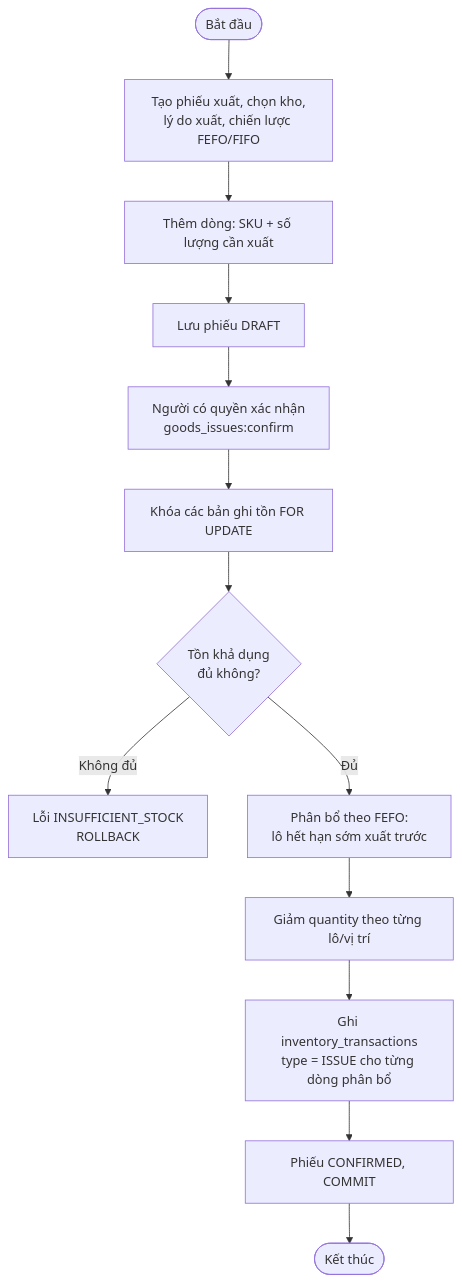
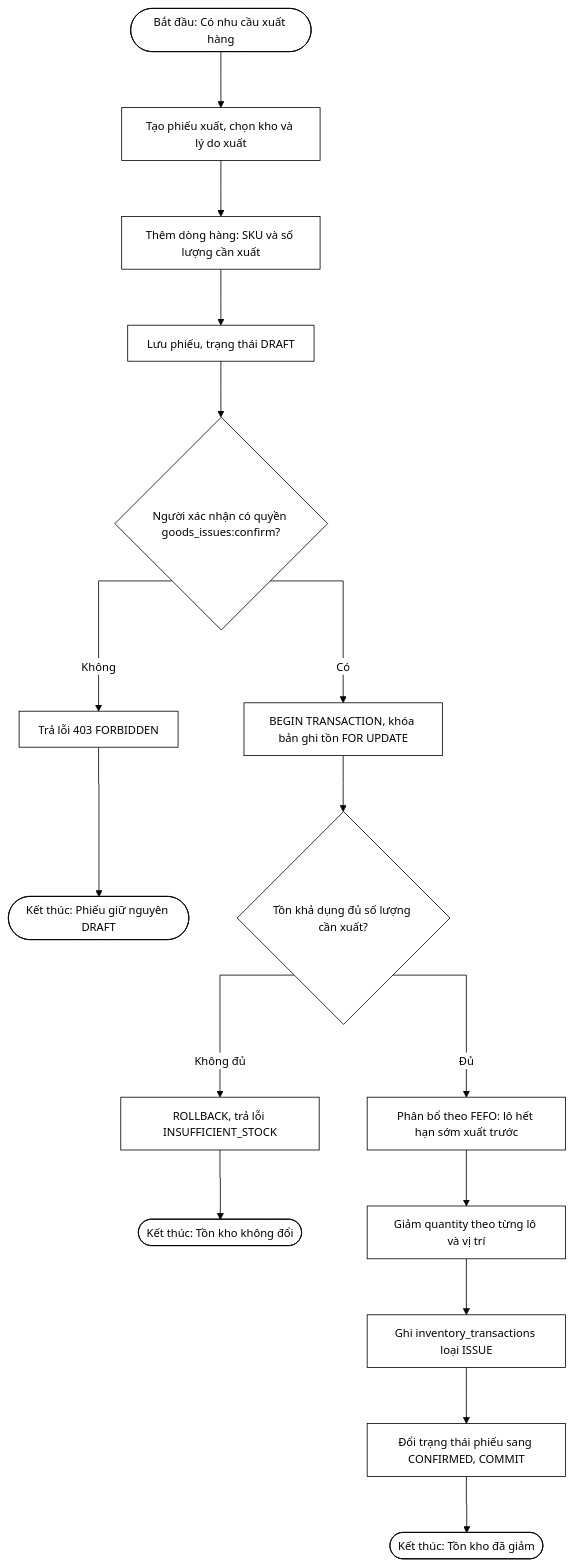
Before and after one commit to nguyenthihongnhu-dotcom/luanvan2026: the third of 54 diagrams in THIET_KE_HE_THONG.md, drawn with Mermaid. The commit also changed other lines of this file and 170 other files, not shown here.

````diff
--- a/THIET_KE_HE_THONG.md
+++ b/THIET_KE_HE_THONG.md
@@ -79,15 +136,41 @@
 ```mermaid
+%%{init: {
+  'theme': 'base',
+  'themeVariables': {
+    'primaryColor': '#ffffff',
+    'primaryBorderColor': '#000000',
+    'primaryTextColor': '#000000',
+    'secondaryColor': '#ffffff',
+    'secondaryBorderColor': '#000000',
+    'secondaryTextColor': '#000000',
+    'tertiaryColor': '#ffffff',
+    'tertiaryBorderColor': '#000000',
+    'tertiaryTextColor': '#000000',
+    'lineColor': '#000000',
+    'textColor': '#000000',
+    'mainBkg': '#ffffff',
+    'nodeBorder': '#000000',
+    'clusterBkg': '#ffffff',
+    'clusterBorder': '#000000',
+    'edgeLabelBackground': '#ffffff',
+    'fontSize': '14px'
+  },
+  'flowchart': { 'curve': 'stepAfter', 'nodeSpacing': 60, 'rankSpacing': 70, 'padding': 12, 'useMaxWidth': false }
+}}%%
 flowchart TD
-    Start([Bắt đầu]) --> S1[Tạo phiếu xuất, chọn kho,<br/>lý do xuất, chiến lược FEFO/FIFO]
-    S1 --> S2[Thêm dòng: SKU + số lượng cần xuất]
-    S2 --> S3[Lưu phiếu DRAFT]
-    S3 --> S4[Người có quyền xác nhận<br/>goods_issues:confirm]
-    S4 --> S5[Khóa các bản ghi tồn FOR UPDATE]
-    S5 --> S6{Tồn khả dụng<br/>đủ không?}
-    S6 -- Không đủ --> S7[Lỗi INSUFFICIENT_STOCK<br/>ROLLBACK]
-    S6 -- Đủ --> S8[Phân bổ theo FEFO:<br/>lô hết hạn sớm xuất trước]
-    S8 --> S9[Giảm quantity theo từng lô/vị trí]
-    S9 --> S10[Ghi inventory_transactions<br/>type = ISSUE cho từng dòng phân bổ]
-    S10 --> S11[Phiếu CONFIRMED, COMMIT]
-    S11 --> End([Kết thúc])
+    Start(["Bắt đầu: Có nhu cầu xuất hàng"]) --> S1["Tạo phiếu xuất, chọn kho và lý do xuất"]
+    S1 --> S2["Thêm dòng hàng: SKU và số lượng cần xuất"]
+    S2 --> S3["Lưu phiếu, trạng thái DRAFT"]
+    S3 --> S4{"Người xác nhận có quyền goods_issues:confirm?"}
+    S4 -->|Không| S5["Trả lỗi 403 FORBIDDEN"]
+    S5 --> End1(["Kết thúc: Phiếu giữ nguyên DRAFT"])
+    S4 -->|Có| S6["BEGIN TRANSACTION, khóa bản ghi tồn FOR UPDATE"]
+    S6 --> S7{"Tồn khả dụng đủ số lượng cần xuất?"}
+    S7 -->|Không đủ| S8["ROLLBACK, trả lỗi INSUFFICIENT_STOCK"]
+    S8 --> End2(["Kết thúc: Tồn kho không đổi"])
+    S7 -->|Đủ| S9["Phân bổ theo FEFO: lô hết hạn sớm xuất trước"]
+    S9 --> S10["Giảm quantity theo từng lô và vị trí"]
+    S10 --> S11["Ghi inventory_transactions loại ISSUE"]
+    S11 --> S12["Đổi trạng thái phiếu sang CONFIRMED, COMMIT"]
+    S12 --> End3(["Kết thúc: Tồn kho đã giảm"])
 ```
````
